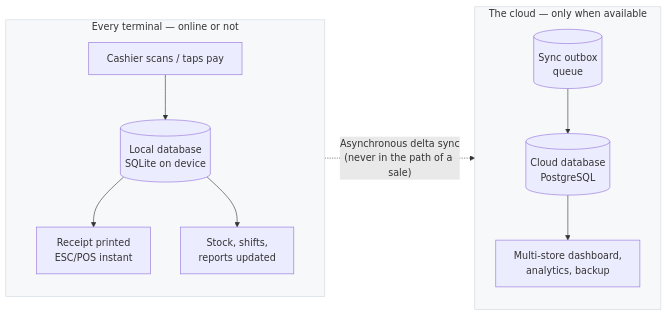
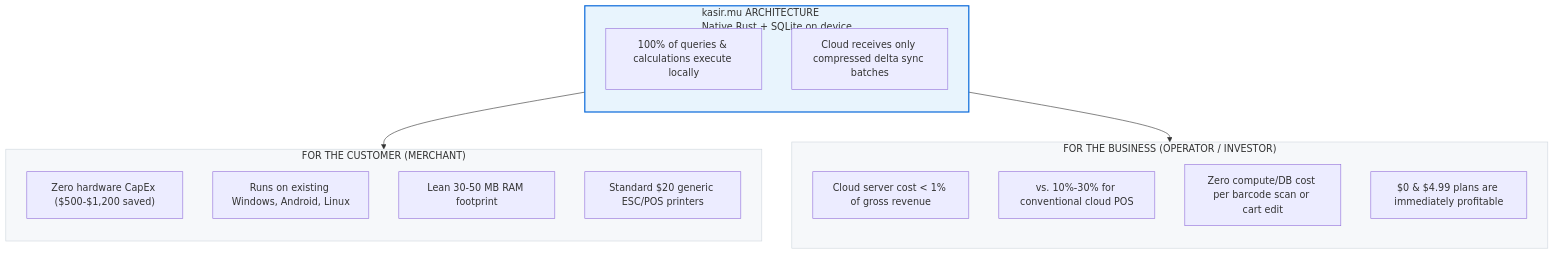
The first of 2 diagrams in README.md (kardelitaitu/kasirmu), drawn with Mermaid before and after one commit. The commit also changed other lines of this file, not shown here.

Commit message:
docs(readme): add server cost under 1% vs 10-30% metric, hardware savings, and quality benchmarks

````diff
--- a/README.md
+++ b/README.md
@@ -86,22 +56,31 @@
 ```mermaid
-flowchart LR
-    subgraph T["Every terminal — online or not"]
+flowchart TD
+    subgraph M["FOR THE CUSTOMER (MERCHANT)"]
         direction TB
-        C["Cashier scans / taps pay"] --> L[("Local database\nSQLite on device")]
-        L --> R["Receipt printed\nESC/POS instant"]
-        L --> S["Stock, shifts,\nreports updated"]
+        M1["Zero hardware CapEx ($500-$1,200 saved)"]
+        M2["Runs on existing Windows, Android, Linux"]
+        M3["Lean 30-50 MB RAM footprint"]
+        M4["Standard $20 generic ESC/POS printers"]
     end
 
-    subgraph CL["The cloud — only when available"]
+    subgraph ARCH["kasir.mu ARCHITECTURE\nNative Rust + SQLite on device"]
         direction TB
-        Q[("Sync outbox\nqueue")]
-        P[("Cloud database\nPostgreSQL")]
-        D["Multi-store dashboard,\nanalytics, backup"]
-        Q --> P --> D
+        A1["100% of queries & calculations execute locally"]
+        A2["Cloud receives only compressed delta sync batches"]
     end
 
-    L -. "Asynchronous delta sync\n(never in the path of a sale)" .-> Q
+    subgraph B["FOR THE BUSINESS (OPERATOR / INVESTOR)"]
+        direction TB
+        B1["Cloud server cost < 1% of gross revenue"]
+        B2["vs. 10%-30% for conventional cloud POS"]
+        B3["Zero compute/DB cost per barcode scan or cart edit"]
+        B4["$0 & $4.99 plans are immediately profitable"]
+    end
 
-    style T fill:#f6f8fa,stroke:#d0d7de
-    style CL fill:#f6f8fa,stroke:#d0d7de
+    ARCH --> M
+    ARCH --> B
+
+    style ARCH fill:#e8f4fd,stroke:#0969da,stroke-width:2px
+    style M fill:#f6f8fa,stroke:#d0d7de
+    style B fill:#f6f8fa,stroke:#d0d7de
 ```
````
